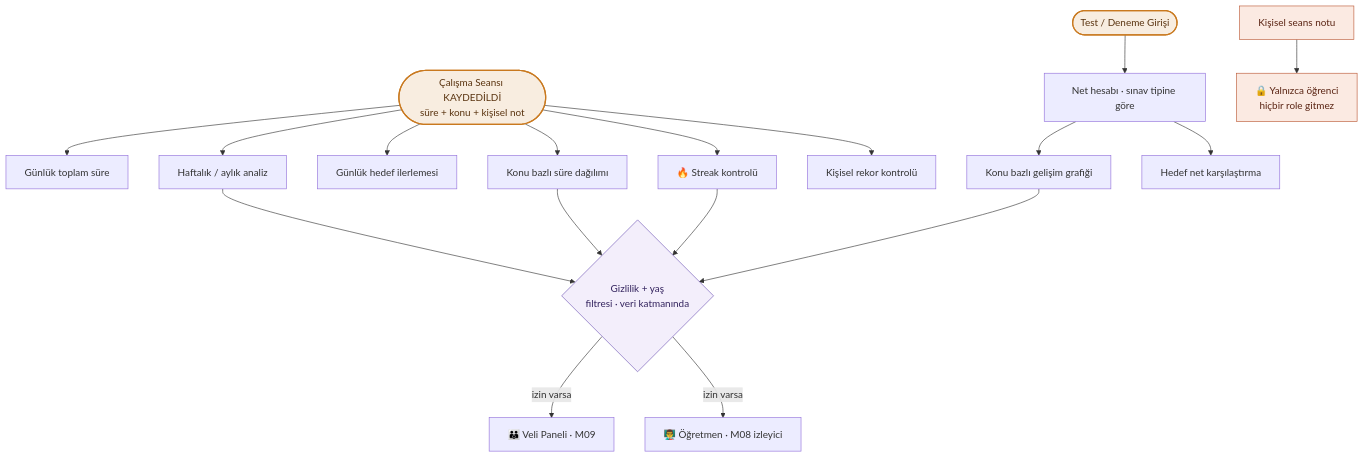
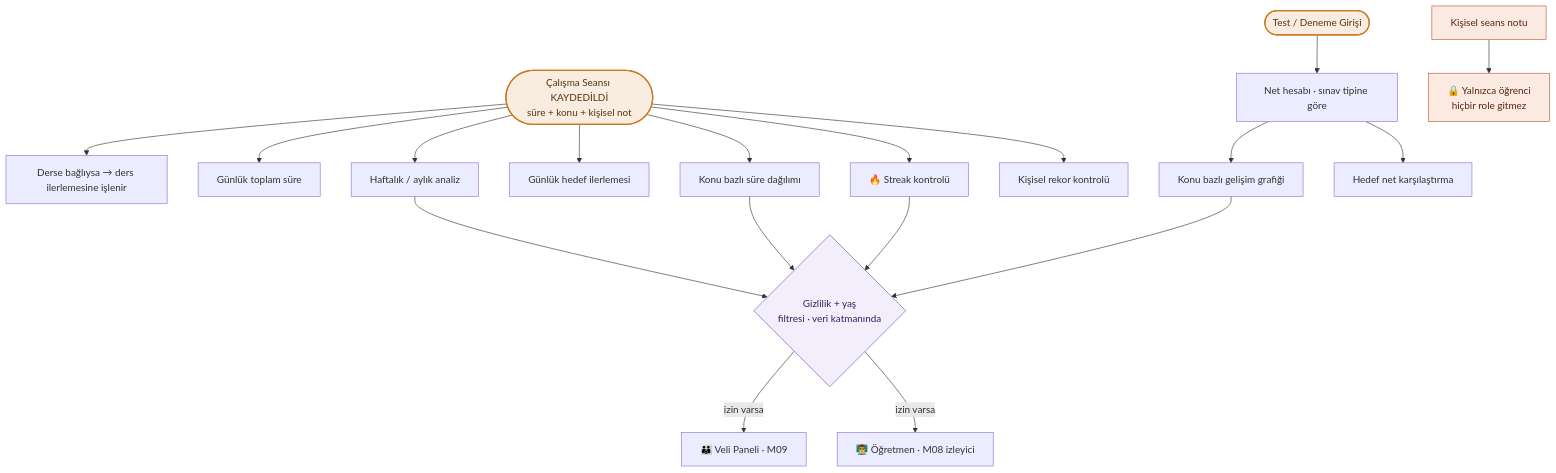
One commit to furkangk/EgitimUssu changed the fifth of 9 diagrams in doc/diagrams/rol_sayfa_mimarisi/ogrenci.md. Above: the diagram before and after it, drawn with Mermaid. The commit also changed other lines of this file and 13 other files, not shown here.

````diff
--- a/doc/diagrams/rol_sayfa_mimarisi/ogrenci.md
+++ b/doc/diagrams/rol_sayfa_mimarisi/ogrenci.md
@@ -206,31 +264,32 @@
 ```mermaid
 flowchart TD
   SEANS(["Çalışma Seansı KAYDEDİLDİ<br/>süre + konu + kişisel not"])
+  SEANS --> LNK["Derse bağlıysa → ders ilerlemesine işlenir"]
   SEANS --> D1["Günlük toplam süre"]
   SEANS --> D2["🔥 Streak kontrolü"]
   SEANS --> D3["Günlük hedef ilerlemesi"]
   SEANS --> D4["Haftalık / aylık analiz"]
   SEANS --> D5["Konu bazlı süre dağılımı"]
   SEANS --> D6["Kişisel rekor kontrolü"]
 
   TEST(["Test / Deneme Girişi"]) --> NET["Net hesabı · sınav tipine göre"]
   NET --> G1["Konu bazlı gelişim grafiği"]
   NET --> G2["Hedef net karşılaştırma"]
 
   D4 --> PRIV
   D5 --> PRIV
   D2 --> PRIV
   G1 --> PRIV
   PRIV{"Gizlilik + yaş<br/>filtresi · veri katmanında"}
   PRIV -->|"izin varsa"| VELI["👪 Veli Paneli · M09"]
   PRIV -->|"izin varsa"| OGR["👨‍🏫 Öğretmen · M08 izleyici"]
 
   KN["Kişisel seans notu"] --> SINK["🔒 Yalnızca öğrenci<br/>hiçbir role gitmez"]
 
   classDef seed fill:#f8ede0,stroke:#c9791f,stroke-width:2px,color:#5a3410;
   classDef gate fill:#f3eefb,stroke:#6d54b5,color:#33235e;
   classDef lock fill:#fbeae2,stroke:#bb5836,color:#5a2413;
   class SEANS,TEST seed;
   class PRIV gate;
   class KN,SINK lock;
 ```
````
